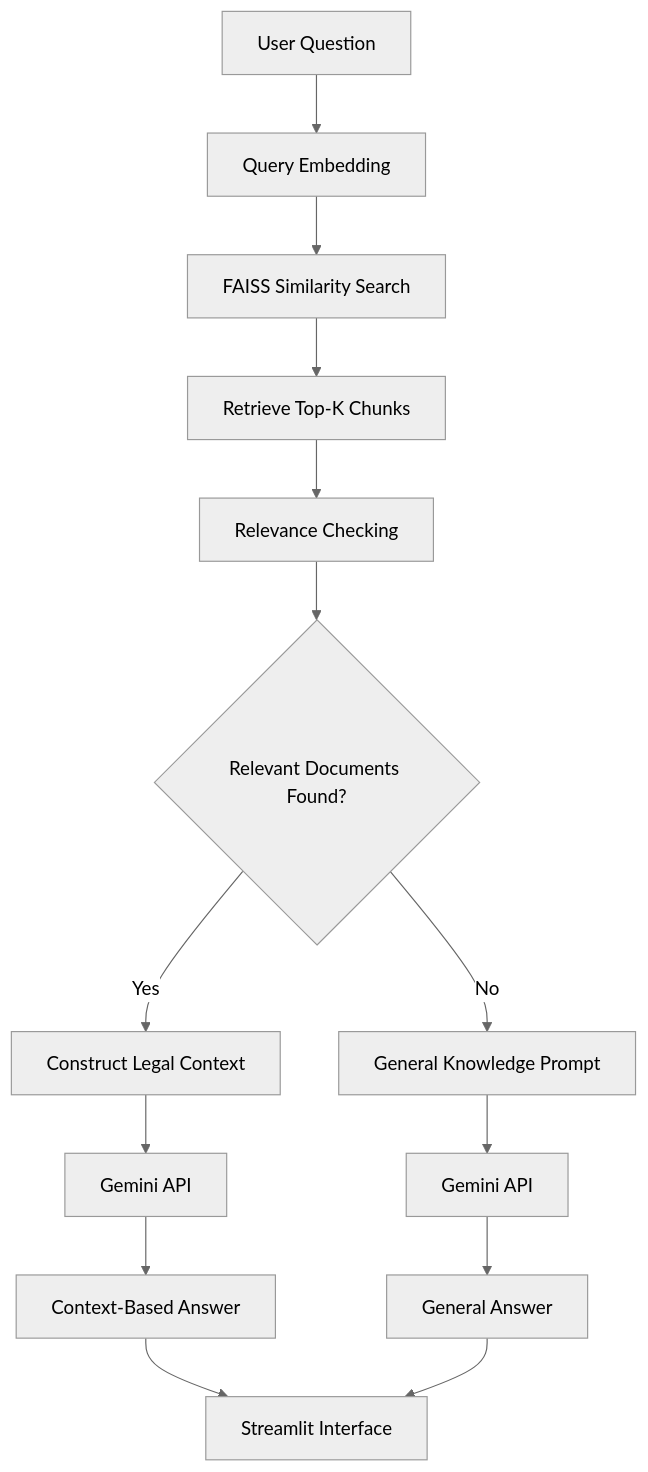
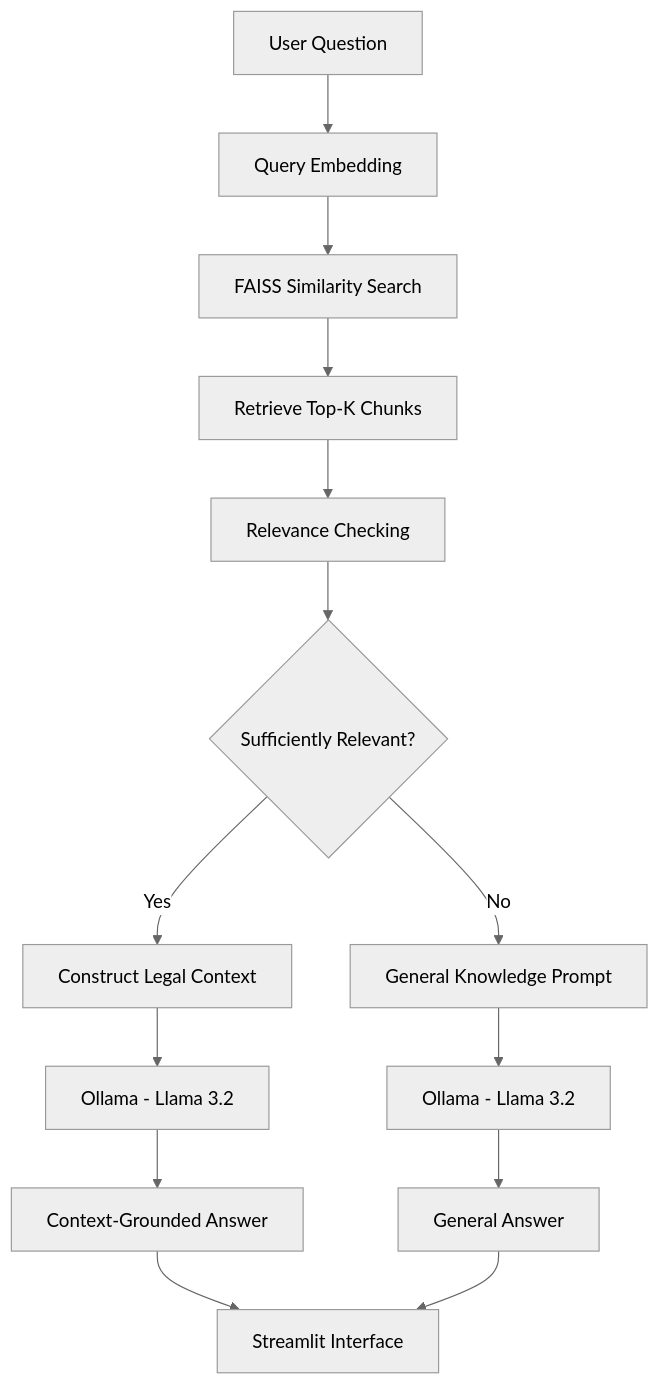
The second of 2 diagrams in README.md (Bikram0439/NyayaAi), drawn with Mermaid (neutral theme) before and after one commit. The commit also changed other lines of this file, not shown here.

Commit message:
Updated README from Gemini to Ollama

````diff
--- a/README.md
+++ b/README.md
@@ -144,19 +141,19 @@
 ```mermaid
 flowchart TD
     A[User Question] --> B[Query Embedding]
     B --> C[FAISS Similarity Search]
     C --> D[Retrieve Top-K Chunks]
     D --> E[Relevance Checking]
-    E --> F{Relevant Documents Found?}
+    E --> F{Sufficiently Relevant?}
 
     F -->|Yes| G[Construct Legal Context]
-    G --> H[Gemini API]
-    H --> I[Context-Based Answer]
+    G --> H[Ollama - Llama 3.2]
+    H --> I[Context-Grounded Answer]
 
     F -->|No| J[General Knowledge Prompt]
-    J --> K[Gemini API]
+    J --> K[Ollama - Llama 3.2]
     K --> L[General Answer]
 
     I --> M[Streamlit Interface]
     L --> M
 ```
````
